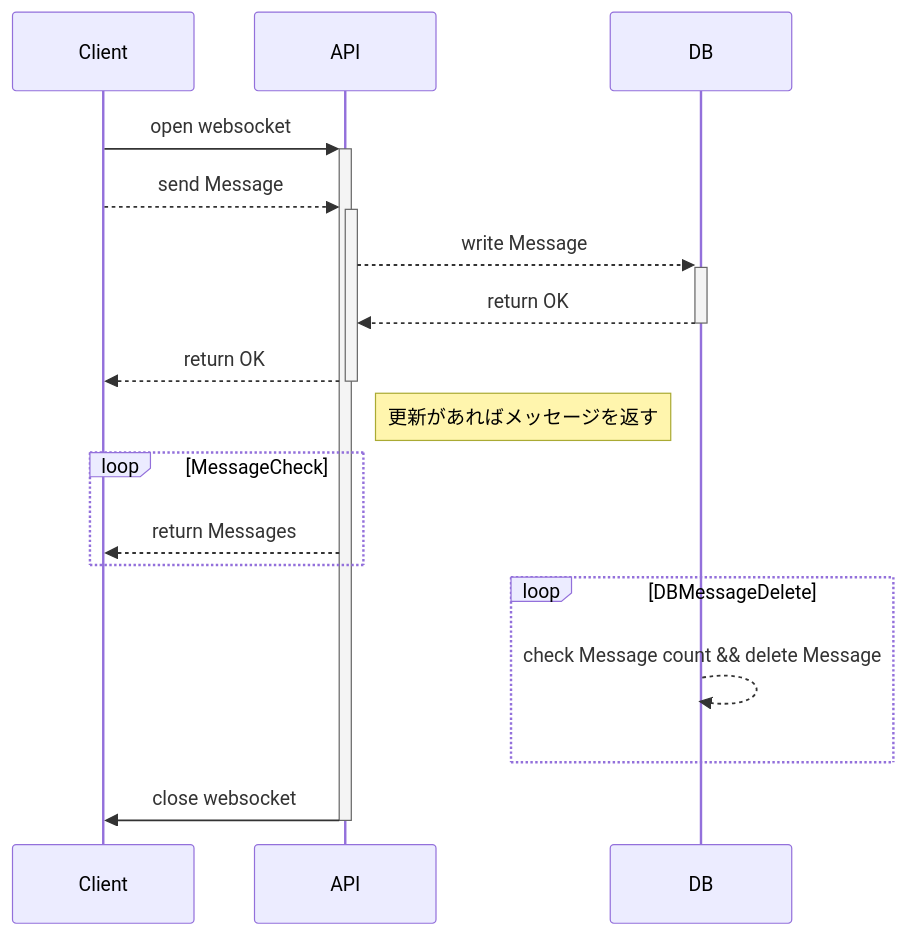
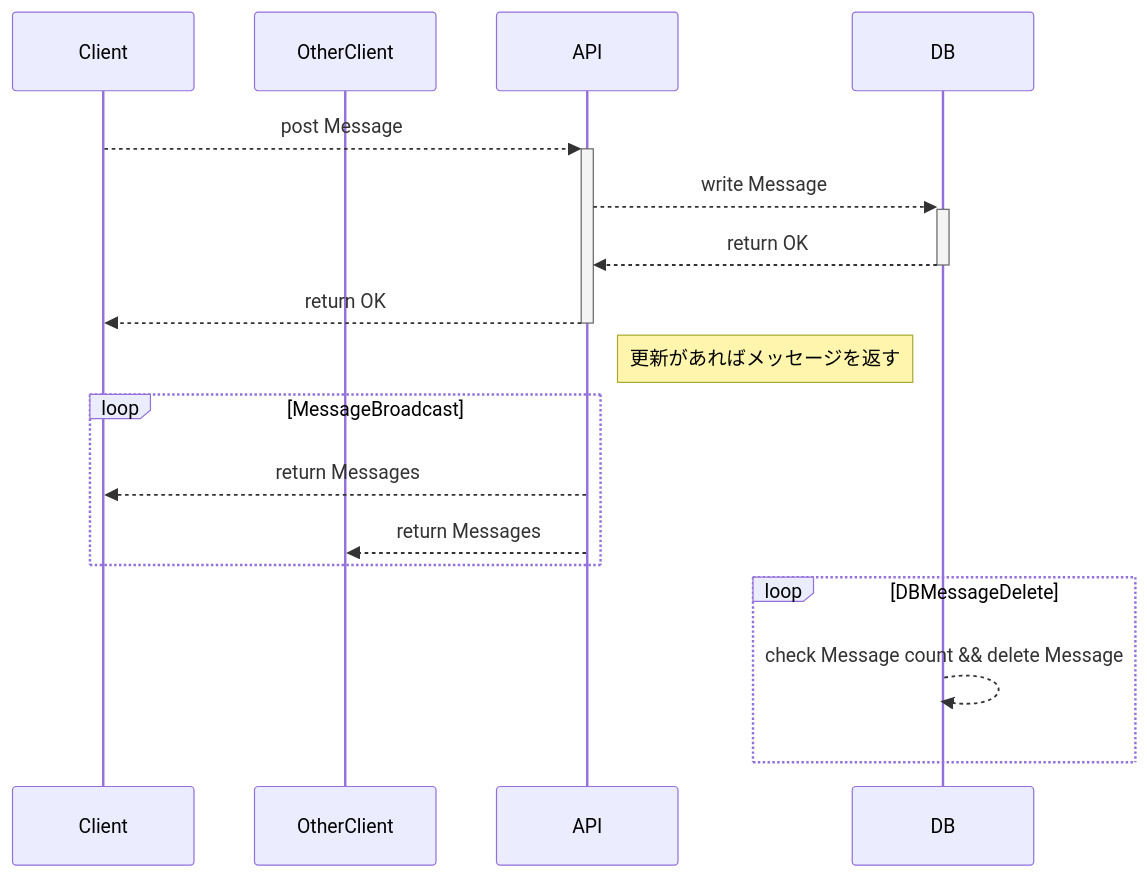
The first of 2 diagrams in design.md (85yago/go_small_chat), drawn with Mermaid before and after one commit. The commit also changed other lines of this file, not shown here.

````diff
--- a/design.md
+++ b/design.md
@@ -35,23 +35,22 @@
 ```mermaid
 sequenceDiagram
     participant C as Client
+    participant OC as OtherClient
     participant S as API
     participant D as DB
-    C->>+S: open websocket
 
-    C-->>+S: send Message
+    C-->>+S: post Message
     S-->>+D: write Message
     D-->>-S: return OK
     S-->>-C: return OK
 
     Note right of S: 更新があればメッセージを返す
-    loop MessageCheck
+    loop MessageBroadcast
         S-->>C: return Messages
+        S-->>OC: return Messages
     end
 
     loop DBMessageDelete
         D-->>D: check Message count && delete Message
     end
-
-    S->>-C: close websocket
 ```
````
